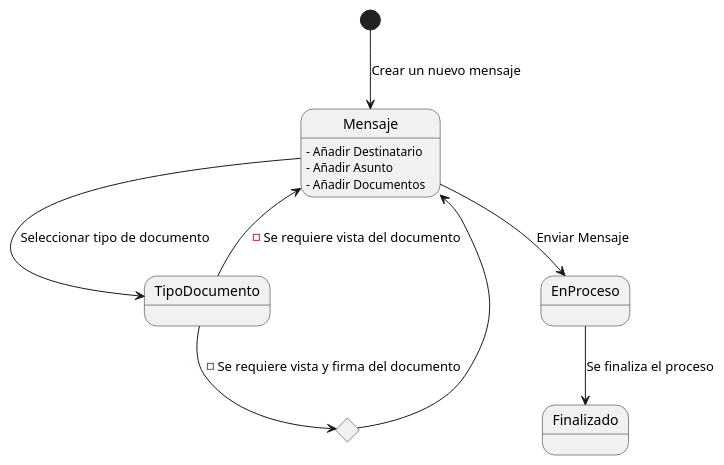
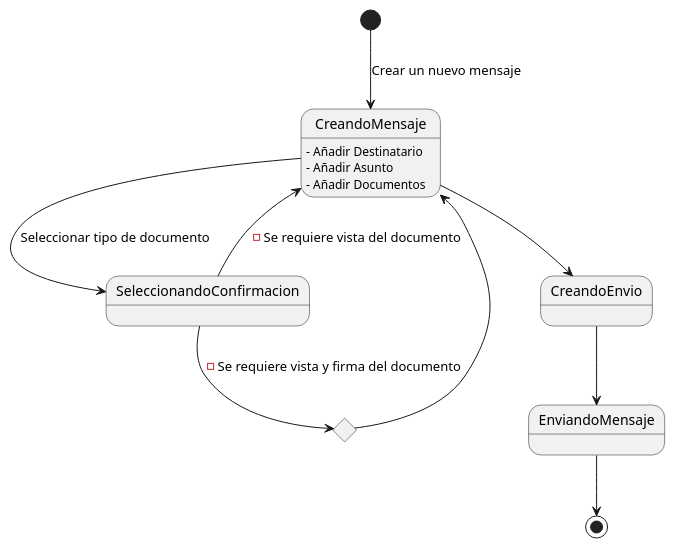
One commit to mmasias/24-25-IdSw1-SDR changed the diagram in docs/modeloDeDominio/diagramaDeEstados/PrimeraIteracion/diagramaDeEstadosRemitenteIteracion1.puml. Above: the diagram before and after it, drawn with PlantUML. The commit also changed 6 other files, not shown here.

Commit message:
Actualizar diagramas de estados: corregir transiciones y agregar nuevo estado de envío

```diff
--- a/docs/modeloDeDominio/diagramaDeEstados/PrimeraIteracion/diagramaDeEstadosRemitenteIteracion1.puml
+++ b/docs/modeloDeDominio/diagramaDeEstados/PrimeraIteracion/diagramaDeEstadosRemitenteIteracion1.puml
@@ -1,20 +1,21 @@
 @startuml diagramaDeEstados
 
-[*] --> Mensaje: Crear un nuevo mensaje
+[*] --> CreandoMensaje: Crear un nuevo mensaje
 
-Mensaje : - Añadir Destinatario
-Mensaje : - Añadir Asunto
-Mensaje : - Añadir Documentos
+CreandoMensaje : - Añadir Destinatario
+CreandoMensaje : - Añadir Asunto
+CreandoMensaje : - Añadir Documentos
 
-Mensaje --> TipoDocumento: Seleccionar tipo de documento
+CreandoMensaje --> SeleccionandoConfirmacion: Seleccionar tipo de documento
 
-state TipoDocumento <<Choice>>
-state TipoDocumento2 <<Choice>>
-    TipoDocumento --> Mensaje: - Se requiere vista del documento
-    TipoDocumento --> TipoDocumento2: - Se requiere vista y firma del documento
-    TipoDocumento2 --> Mensaje
+state SeleccionandoConfirmacion <<Choice>>
+state SeleccionandoConfirmacion2 <<Choice>>
+    SeleccionandoConfirmacion --> CreandoMensaje: - Se requiere vista del documento
+    SeleccionandoConfirmacion --> SeleccionandoConfirmacion2: - Se requiere vista y firma del documento
+    SeleccionandoConfirmacion2 --> CreandoMensaje
 
-Mensaje --> EnProceso: Enviar Mensaje
-EnProceso --> Finalizado: Se finaliza el proceso
+CreandoMensaje --> CreandoEnvio
+CreandoEnvio --> EnviandoMensaje
+EnviandoMensaje --> [*]
 
 @enduml
```
